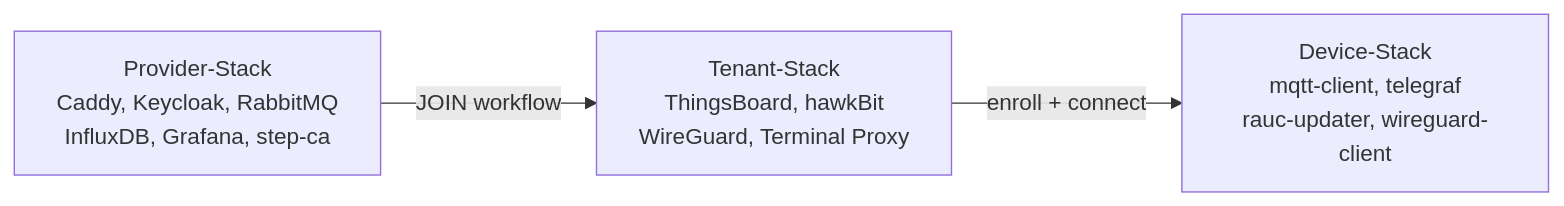
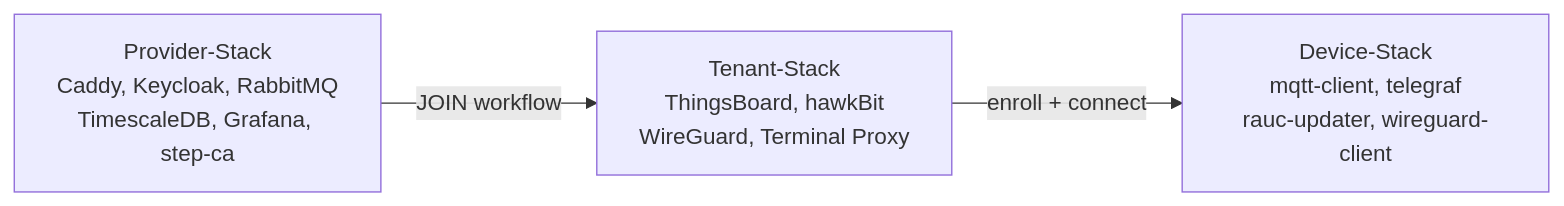
Before and after one commit to the78mole/complete-device-management: the diagram in docs/getting-started/index.md, drawn with Mermaid. The commit also changed 12 other files, not shown here.

Commit message:
feat: update documentation and configurations to replace InfluxDB with TimescaleDB across the stack

````diff
--- a/docs/getting-started/index.md
+++ b/docs/getting-started/index.md
@@ -10,9 +10,9 @@
 ```mermaid
 graph LR
-    PS["Provider-Stack<br/>Caddy, Keycloak, RabbitMQ<br/>InfluxDB, Grafana, step-ca"]
+    PS["Provider-Stack<br/>Caddy, Keycloak, RabbitMQ<br/>TimescaleDB, Grafana, step-ca"]
     TS["Tenant-Stack<br/>ThingsBoard, hawkBit<br/>WireGuard, Terminal Proxy"]
     DS["Device-Stack<br/>mqtt-client, telegraf<br/>rauc-updater, wireguard-client"]
 
     PS -- "JOIN workflow" --> TS
     TS -- "enroll + connect" --> DS
 ```
````
